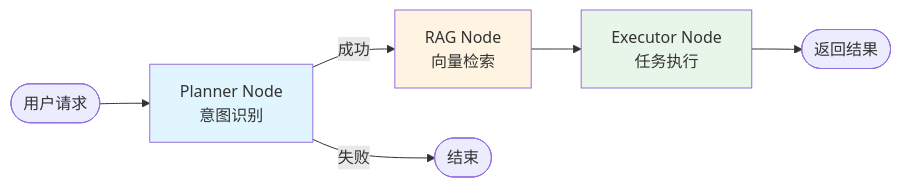
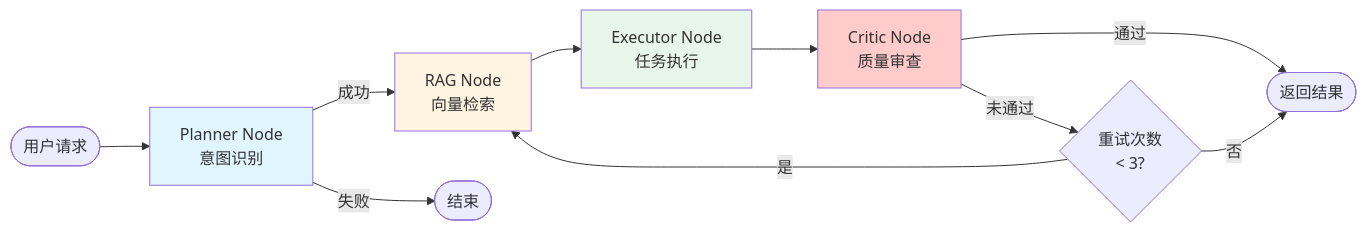
The diagram in main/server/docs/workflow/WORKFLOW_GUIDE.md (xinqingaa/aivista_agent), drawn with Mermaid before and after one commit. The commit also changed other lines of this file and 10 other files, not shown here.

````diff
--- a/main/server/docs/workflow/WORKFLOW_GUIDE.md
+++ b/main/server/docs/workflow/WORKFLOW_GUIDE.md
@@ -15,12 +15,17 @@
 ```mermaid
 graph LR
     Start([用户请求]) --> Planner[Planner Node<br/>意图识别]
     Planner -->|成功| RAG[RAG Node<br/>向量检索]
     Planner -->|失败| End1([结束])
     RAG --> Executor[Executor Node<br/>任务执行]
-    Executor --> End2([返回结果])
+    Executor --> Critic[Critic Node<br/>质量审查]
+    Critic -->|通过| End2([返回结果])
+    Critic -->|未通过| RetryCheck{重试次数<br/>< 3?}
+    RetryCheck -->|是| RAG
+    RetryCheck -->|否| End2
     
     style Planner fill:#e1f5ff
     style RAG fill:#fff4e1
     style Executor fill:#e8f5e9
+    style Critic fill:#ffcccb
 ```
````
